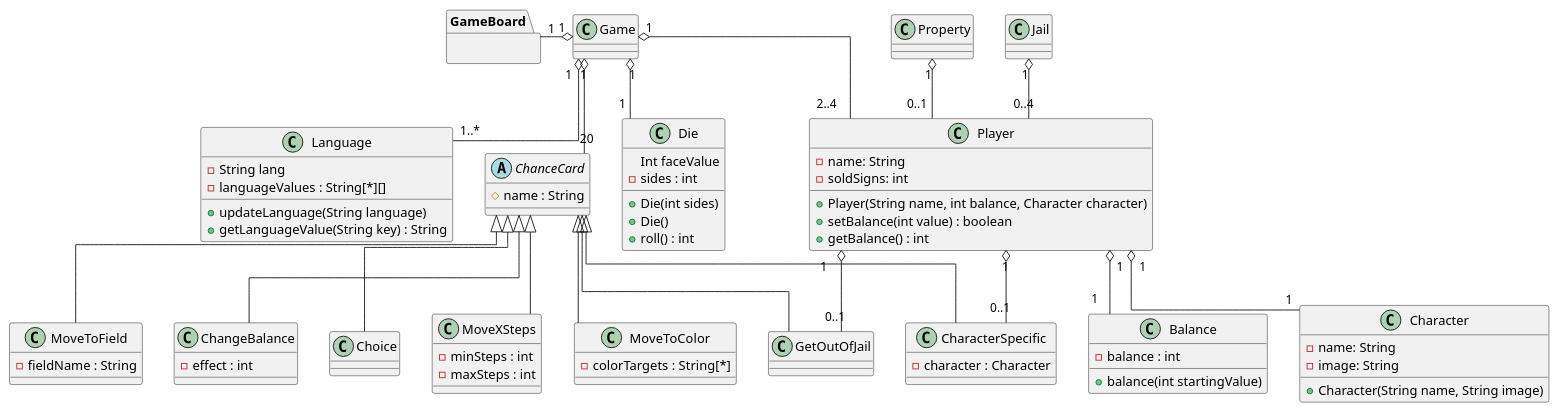
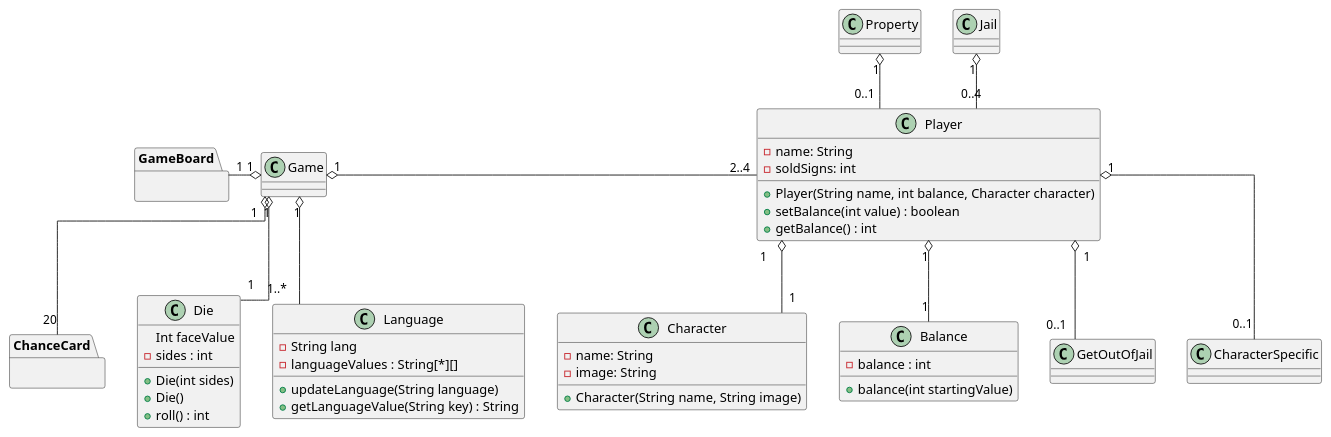
The diagram in src/main/resources/DesignClass.puml (Gruppe-10-DTU/CDIO-FINAL), drawn with PlantUML before and after one commit. The commit also changed 1 other file, not shown here.

Commit message:
Moved ChanceCard to seperate diagram

```diff
--- a/src/main/resources/DesignClass.puml
+++ b/src/main/resources/DesignClass.puml
@@ -1,93 +1,60 @@
 @startuml
 skinparam linetype polyline
 skinparam linetype ortho
 
 class Player {
  - name: String
  - soldSigns: int
  + Player(String name, int balance, Character character)
  + setBalance(int value) : boolean
  + getBalance() : int
 }
 class Character {
  - name: String
  - image: String
  + Character(String name, String image)
 }
 package GameBoard{
 }
 
 class Balance {
   - balance : int
   + balance(int startingValue)
 }
 
 
 
-Abstract ChanceCard{
- # name : String
+package ChanceCard {
 }
 
-class Choice {
 
-}
-
-class MoveXSteps {
- - minSteps : int
- - maxSteps : int
-}
-class MoveToColor {
- - colorTargets : String[*]
-}
-
-class MoveToField {
- - fieldName : String
-}
-
-class CharacterSpecific {
- - character : Character
-}
-
-class ChangeBalance {
- - effect : int
-}
-
-class GetOutOfJail {
-
-}
 
 class Die {
  Int faceValue
  - sides : int
  + Die(int sides)
  + Die()
  + roll() : int
 }
 class Language {
  - String lang
  - languageValues : String[*][]
  + updateLanguage(String language)
  + getLanguageValue(String key) : String
 }
 
-ChanceCard <|-- Choice
-ChanceCard <|-- CharacterSpecific
-ChanceCard <|-- ChangeBalance
-ChanceCard <|-- GetOutOfJail
-ChanceCard <|-- MoveXSteps
-ChanceCard <|-- MoveToField
-ChanceCard <|-- MoveToColor
+
 
 Player "1" o-- "0..1" GetOutOfJail
 Player "1" o-- "0..1" CharacterSpecific
 Player "1" o-- "1" Balance
 Player "1" o-- "1" Character
 Game "1" o-- "1..*" Language
 Game "1" o-left- "1" GameBoard
 Game "1" o-- "20" ChanceCard
 Game"1" o-- "1" Die
 Game "1" o-right- "2..4" Player
 
 Property "1" o-- "0..1" Player
 Jail "1" o-- "0..4" Player
 @enduml
```
